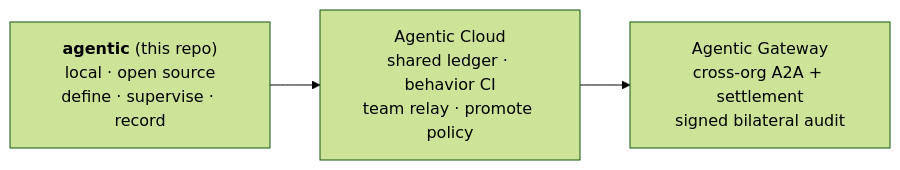
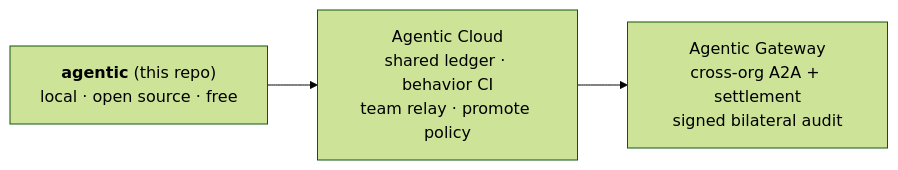
The third of 3 diagrams in README.md (Agentic-CLI/agentic-cli), drawn with Mermaid (forest theme) before and after one commit. The commit also changed other lines of this file, not shown here.

````diff
--- a/README.md
+++ b/README.md
@@ -190,7 +214,7 @@
 ```mermaid
 flowchart LR
-    CLI["<b>agentic</b> (this repo)<br/>local · open source<br/>define · supervise · record"]
+    CLI["<b>agentic</b> (this repo)<br/>local · open source · free"]
     CLOUD["Agentic Cloud<br/>shared ledger · behavior CI<br/>team relay · promote policy"]
     GW["Agentic Gateway<br/>cross-org A2A + settlement<br/>signed bilateral audit"]
     CLI --> CLOUD --> GW
 ```
````
